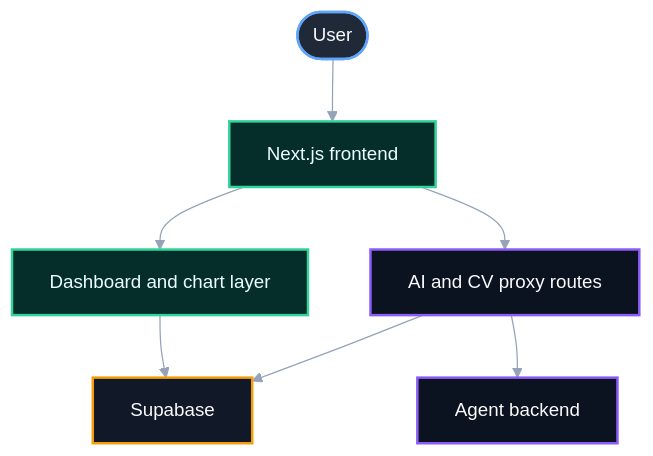
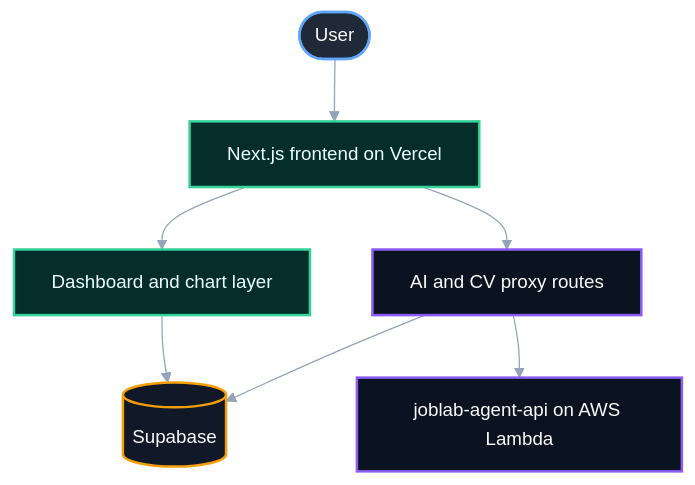
The second of 2 diagrams in README.md (Mbehbahani/joblab-analytics-frontend), drawn with Mermaid before and after one commit. The commit also changed other lines of this file and 2 other files, not shown here.

````diff
--- a/README.md
+++ b/README.md
@@ -219,20 +142,20 @@
 ```mermaid
 %%{init: {'theme': 'base', 'themeVariables': { 'primaryColor': '#111827', 'primaryTextColor': '#F9FAFB', 'primaryBorderColor': '#60A5FA', 'lineColor': '#94A3B8', 'secondaryColor': '#1F2937', 'tertiaryColor': '#0F172A', 'fontSize': '15px'}}}%%
 flowchart TD
     classDef actor fill:#1f2937,stroke:#60a5fa,color:#f9fafb,stroke-width:2px;
     classDef runtime fill:#052e2b,stroke:#34d399,color:#ecfeff,stroke-width:2px;
     classDef data fill:#111827,stroke:#f59e0b,color:#f9fafb,stroke-width:2px;
     classDef service fill:#0b1220,stroke:#8b5cf6,color:#f9fafb,stroke-width:2px;
 
-    U([User]) --> F[Next.js frontend]
+    U([User]) --> F[Next.js frontend on Vercel]
     F --> D[Dashboard and chart layer]
     F --> A[AI and CV proxy routes]
-    D --> S[Supabase]
+    D --> S[(Supabase)]
     A --> S
-    A --> B[Agent backend]
+    A --> B[joblab-agent-api on AWS Lambda]
 
     class U actor;
     class F,D runtime;
     class S data;
     class A,B service;
 ```
````
